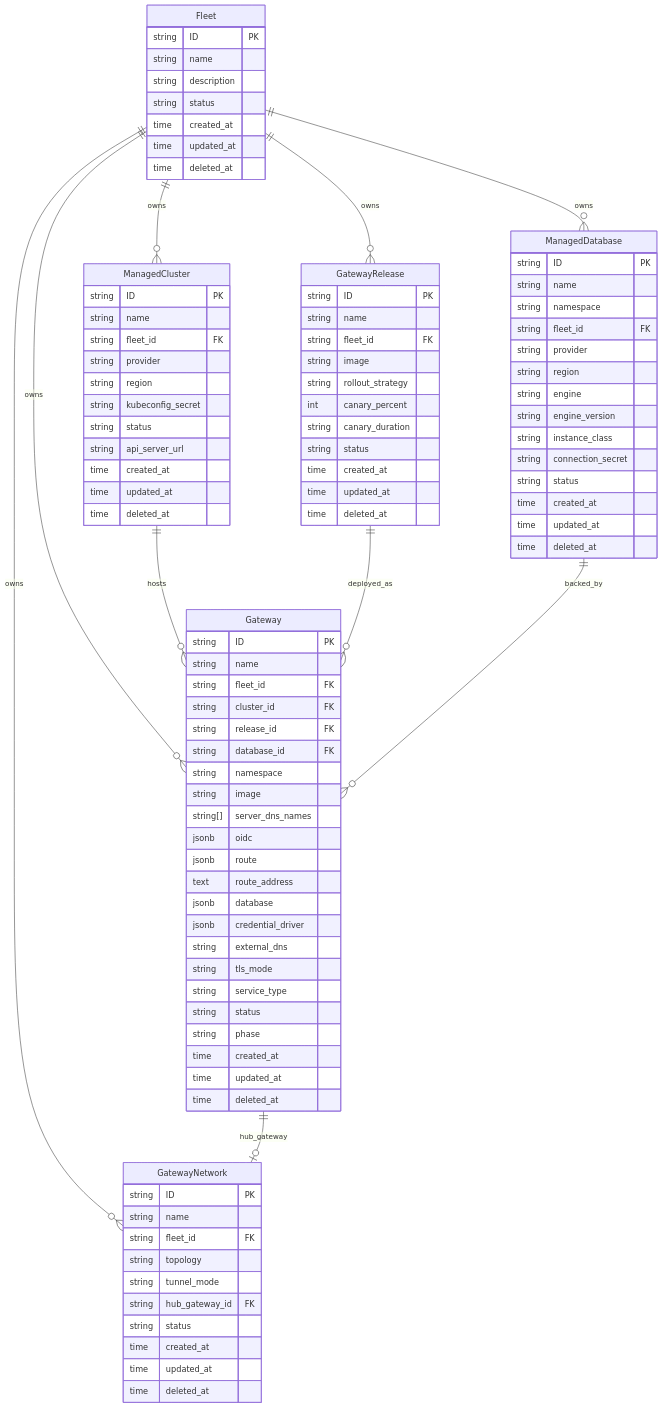
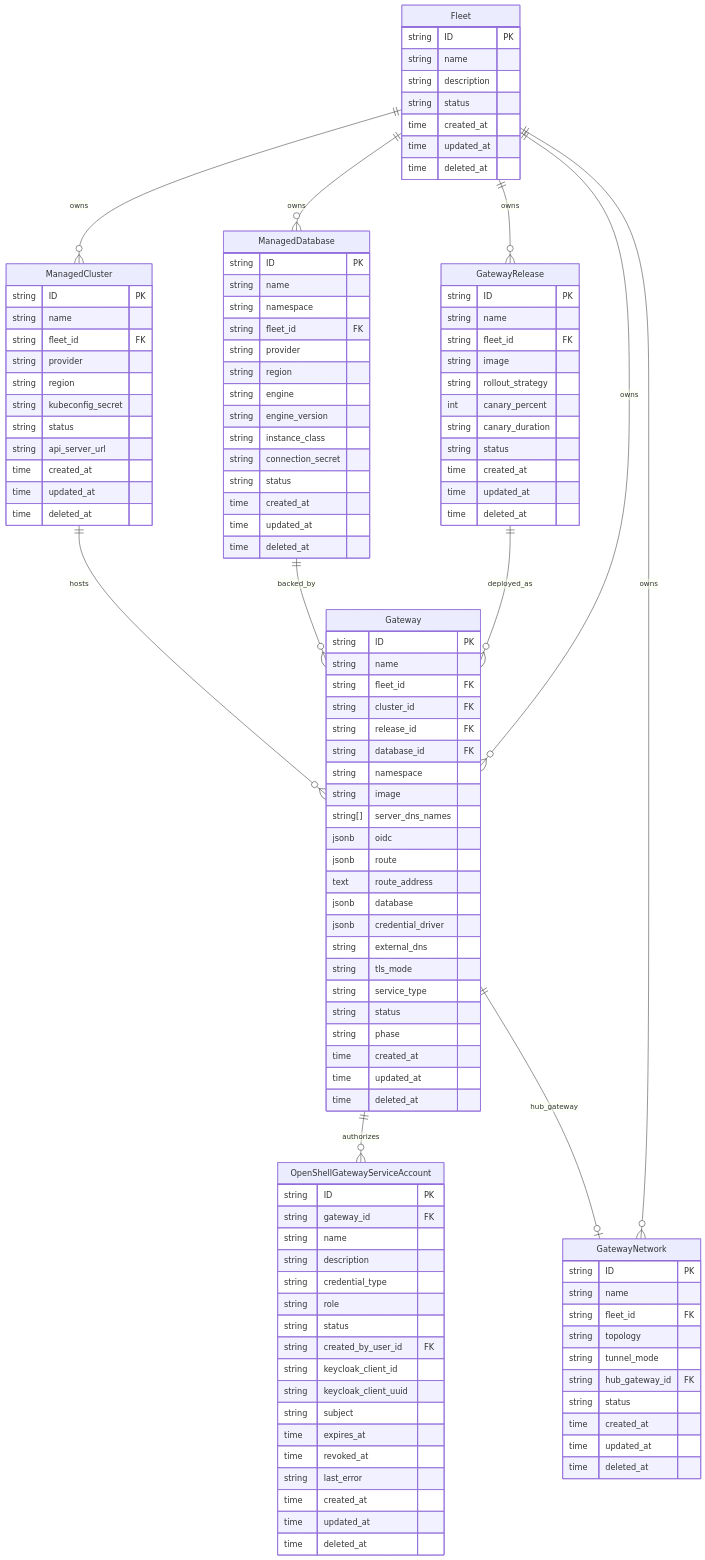
One commit to JGiola/hypershell changed the diagram in specs/platform/data-model.spec.md. Above: the diagram before and after it, drawn with Mermaid. The commit also changed other lines of this file and 189 other files, not shown here.

````diff
--- a/specs/platform/data-model.spec.md
+++ b/specs/platform/data-model.spec.md
@@ -103,6 +104,26 @@
         time deleted_at
     }
 
+    OpenShellGatewayServiceAccount {
+        string ID PK
+        string gateway_id FK
+        string name
+        string description
+        string credential_type
+        string role
+        string status
+        string created_by_user_id FK
+        string keycloak_client_id
+        string keycloak_client_uuid
+        string subject
+        time expires_at
+        time revoked_at
+        string last_error
+        time created_at
+        time updated_at
+        time deleted_at
+    }
+
     GatewayNetwork {
         string ID PK
         string name
@@ -125,5 +146,6 @@
     ManagedCluster ||--o{ Gateway : "hosts"
     GatewayRelease ||--o{ Gateway : "deployed_as"
     ManagedDatabase ||--o{ Gateway : "backed_by"
+    Gateway ||--o{ OpenShellGatewayServiceAccount : "authorizes"
     Gateway ||--o| GatewayNetwork : "hub_gateway"
 ```
````
